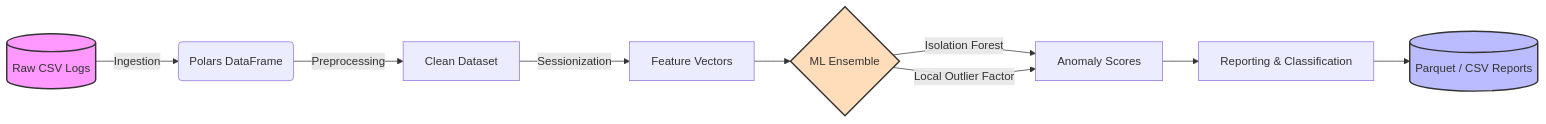
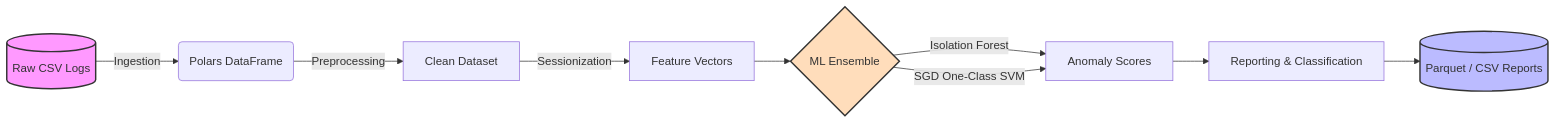
Before and after one commit to paxawok/dnp_anomaly_detector: the diagram in README.md, drawn with Mermaid. The commit also changed other lines of this file and 1 other file, not shown here.

````diff
--- a/README.md
+++ b/README.md
@@ -26,15 +26,15 @@
 ```mermaid
 graph LR
     A[(Raw CSV Logs)] -->|Ingestion| B(Polars DataFrame)
     B -->|Preprocessing| C[Clean Dataset]
     C -->|Sessionization| D[Feature Vectors]
     D --> E{ML Ensemble}
     E -->|Isolation Forest| F[Anomaly Scores]
-    E -->|Local Outlier Factor| F
+    E -->|SGD One-Class SVM| F
     F --> G[Reporting & Classification]
     G --> H[(Parquet / CSV Reports)]
     
     style A fill:#f9f,stroke:#333,stroke-width:2px
     style H fill:#bbf,stroke:#333,stroke-width:2px
     style E fill:#fdb,stroke:#333,stroke-width:2px
 ```
````
